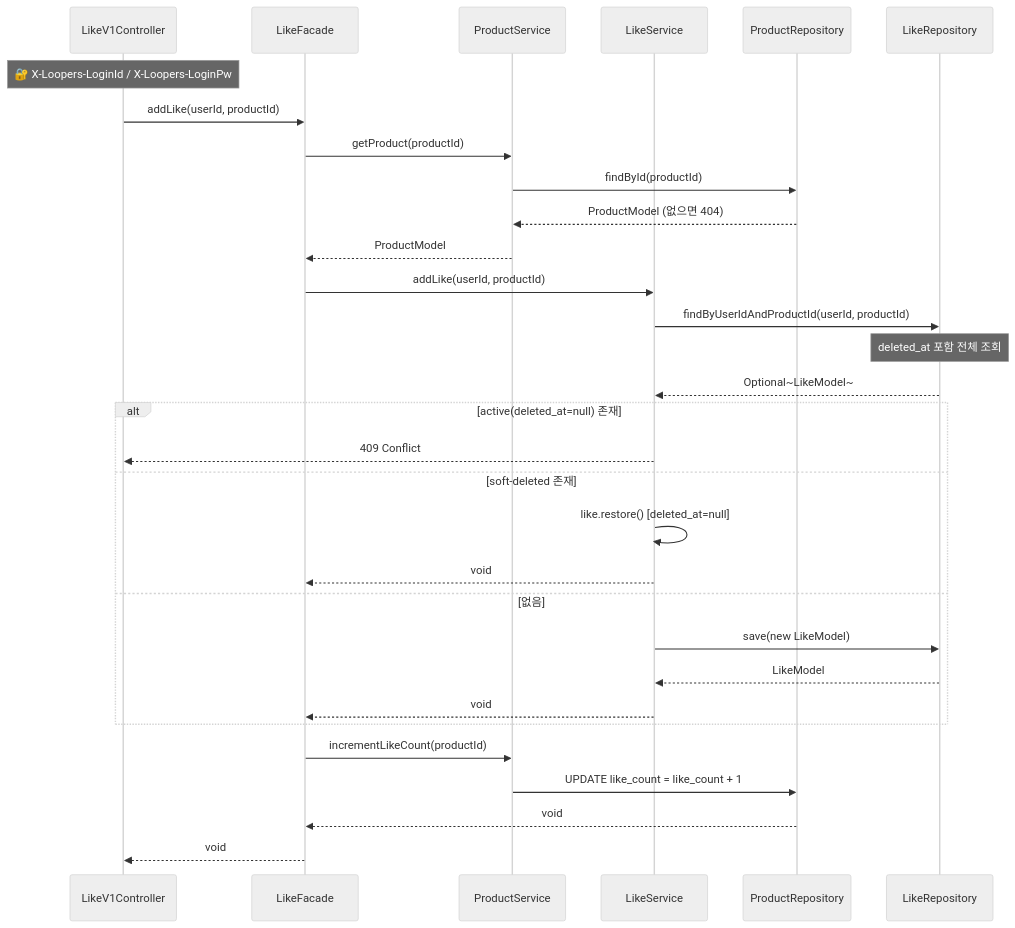
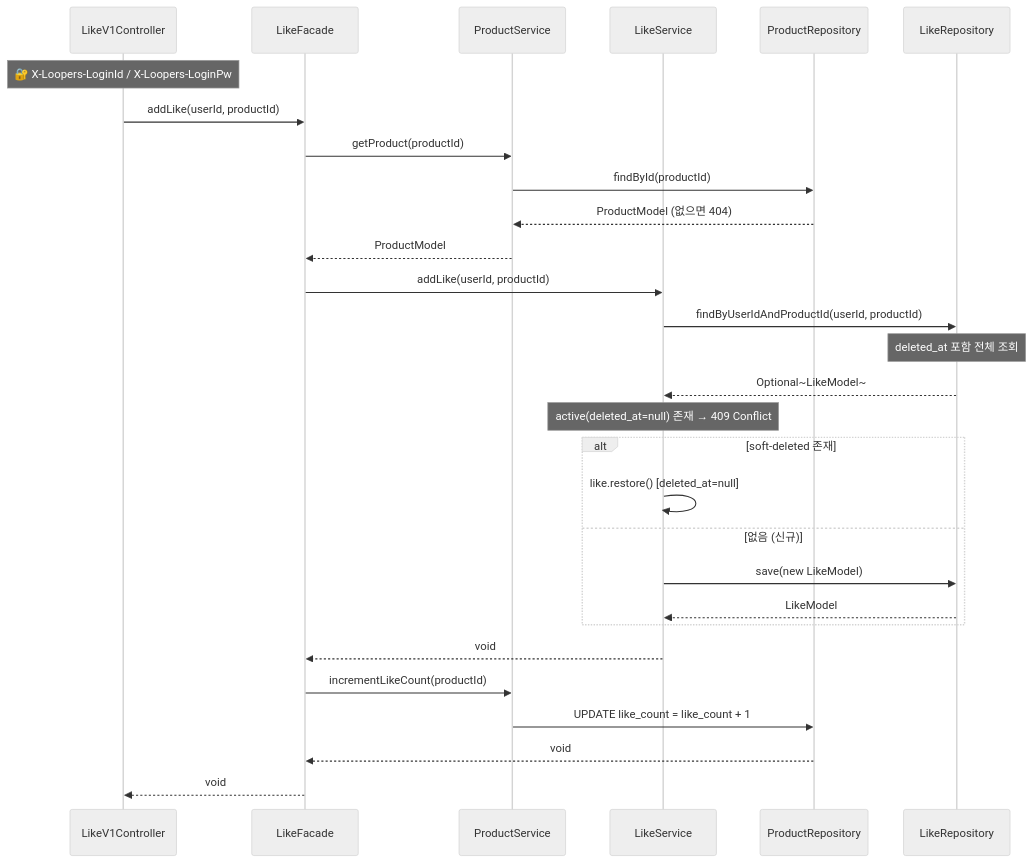
The seventh of 10 diagrams in docs/v3/sequence.md (loopers-labs/loop-pack-be-l2-vol4-java), drawn with Mermaid (neutral theme) before and after one commit.

Commit message:
docs: 좋아요 등록 시퀀스 — 409 에러를 Note로 분리, alt는 restore/신규 저장 분기만 유지

````diff
--- a/docs/v3/sequence.md
+++ b/docs/v3/sequence.md
@@ -162,38 +162,36 @@
 ```mermaid
 sequenceDiagram
     Note over LikeV1Controller: 🔐 X-Loopers-LoginId / X-Loopers-LoginPw
     participant LikeV1Controller
     participant LikeFacade
     participant ProductService
     participant LikeService
     participant ProductRepository
     participant LikeRepository
 
     LikeV1Controller->>LikeFacade: addLike(userId, productId)
     LikeFacade->>ProductService: getProduct(productId)
     ProductService->>ProductRepository: findById(productId)
     ProductRepository-->>ProductService: ProductModel (없으면 404)
     ProductService-->>LikeFacade: ProductModel
 
     LikeFacade->>LikeService: addLike(userId, productId)
     LikeService->>LikeRepository: findByUserIdAndProductId(userId, productId)
     Note over LikeRepository: deleted_at 포함 전체 조회
     LikeRepository-->>LikeService: Optional~LikeModel~
+    Note over LikeService: active(deleted_at=null) 존재 → 409 Conflict
 
-    alt active(deleted_at=null) 존재
-        LikeService-->>LikeV1Controller: 409 Conflict
-    else soft-deleted 존재
+    alt soft-deleted 존재
         LikeService->>LikeService: like.restore() [deleted_at=null]
-        LikeService-->>LikeFacade: void
-    else 없음
+    else 없음 (신규)
         LikeService->>LikeRepository: save(new LikeModel)
         LikeRepository-->>LikeService: LikeModel
-        LikeService-->>LikeFacade: void
     end
+    LikeService-->>LikeFacade: void
 
     LikeFacade->>ProductService: incrementLikeCount(productId)
     ProductService->>ProductRepository: UPDATE like_count = like_count + 1
     ProductRepository-->>LikeFacade: void
 
     LikeFacade-->>LikeV1Controller: void
 ```
````
